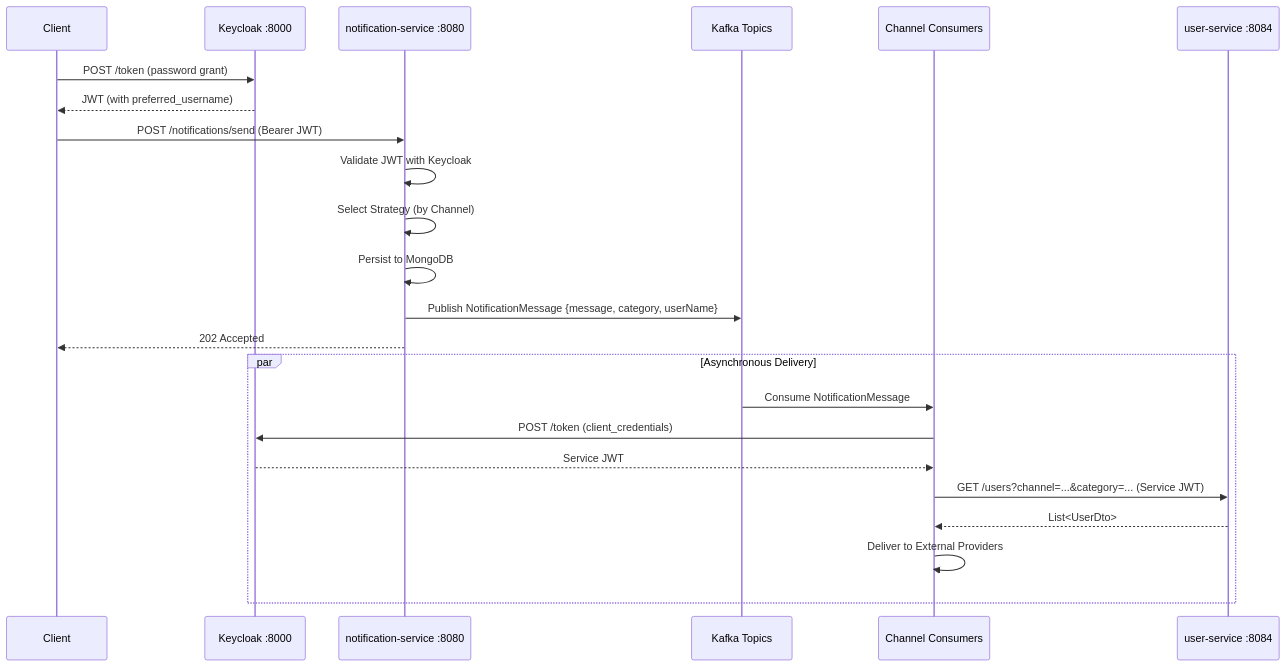
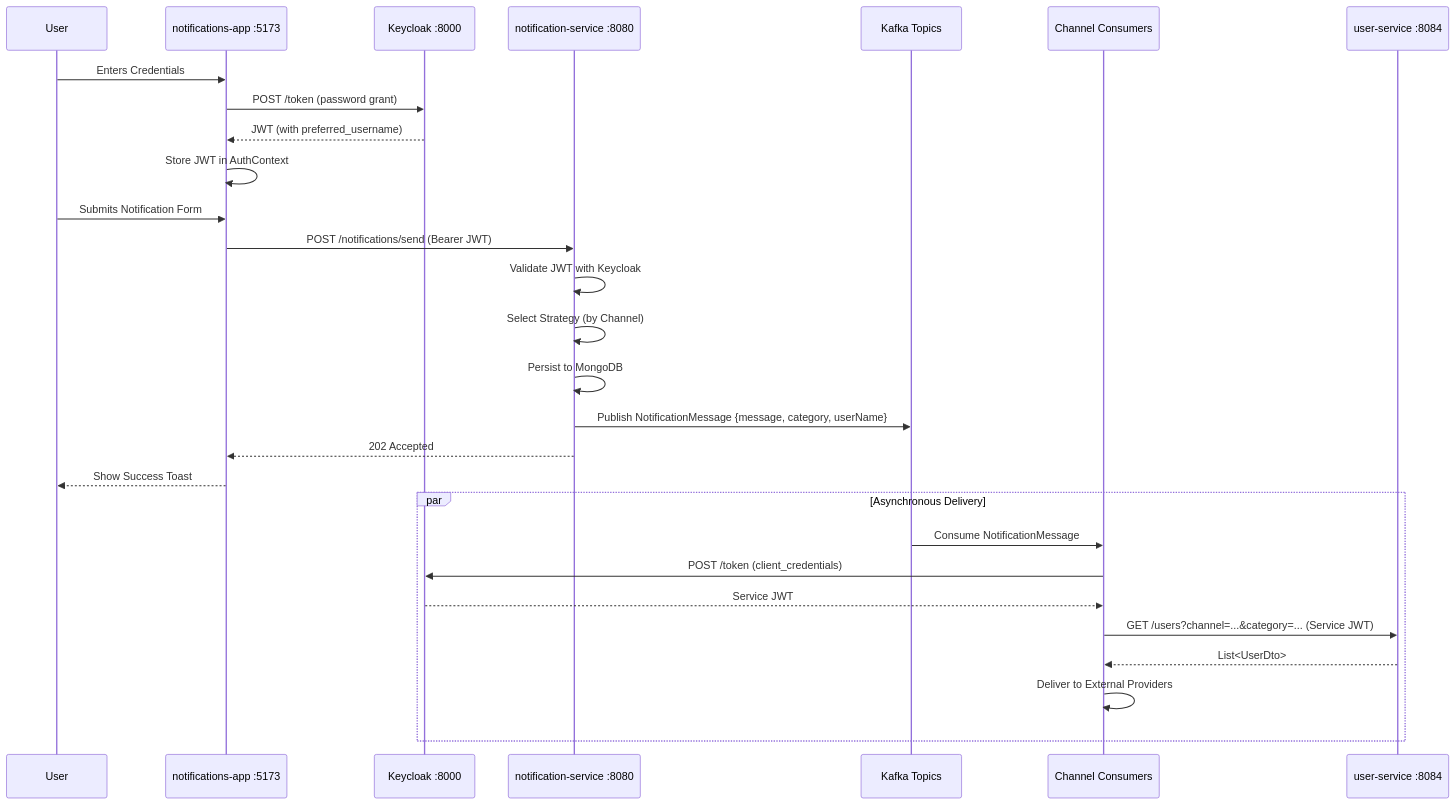
Before and after one commit to MarkoLuna/NofificationSystem: the second of 3 diagrams in architecture.md, drawn with Mermaid. The commit also changed other lines of this file and 30 other files, not shown here.

````diff
--- a/architecture.md
+++ b/architecture.md
@@ -50,28 +52,33 @@
 ```mermaid
 sequenceDiagram
-    participant C as Client
+    participant U as User
+    participant FE as notifications-app :5173
     participant KC as Keycloak :8000
     participant NS as notification-service :8080
     participant K as Kafka Topics
     participant CH as Channel Consumers
     participant US as user-service :8084
 
-    C->>KC: POST /token (password grant)
-    KC-->>C: JWT (with preferred_username)
+    U->>FE: Enters Credentials
+    FE->>KC: POST /token (password grant)
+    KC-->>FE: JWT (with preferred_username)
+    FE->>FE: Store JWT in AuthContext
 
-    C->>NS: POST /notifications/send (Bearer JWT)
+    U->>FE: Submits Notification Form
+    FE->>NS: POST /notifications/send (Bearer JWT)
     NS->>NS: Validate JWT with Keycloak
     NS->>NS: Select Strategy (by Channel)
     NS->>NS: Persist to MongoDB
     NS->>K: Publish NotificationMessage {message, category, userName}
-    NS-->>C: 202 Accepted
+    NS-->>FE: 202 Accepted
+    FE-->>U: Show Success Toast
 
     par Asynchronous Delivery
         K->>CH: Consume NotificationMessage
         CH->>KC: POST /token (client_credentials)
         KC-->>CH: Service JWT
         CH->>US: GET /users?channel=...&category=... (Service JWT)
         US-->>CH: List<UserDto>
         CH->>CH: Deliver to External Providers
     end
 ```
````
